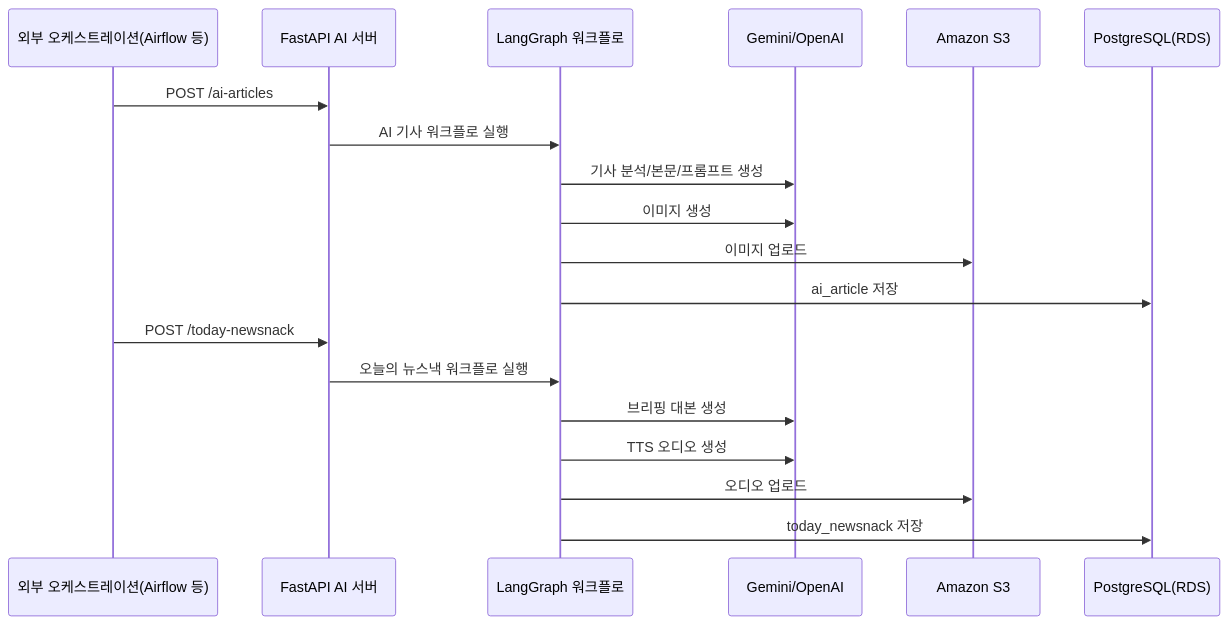
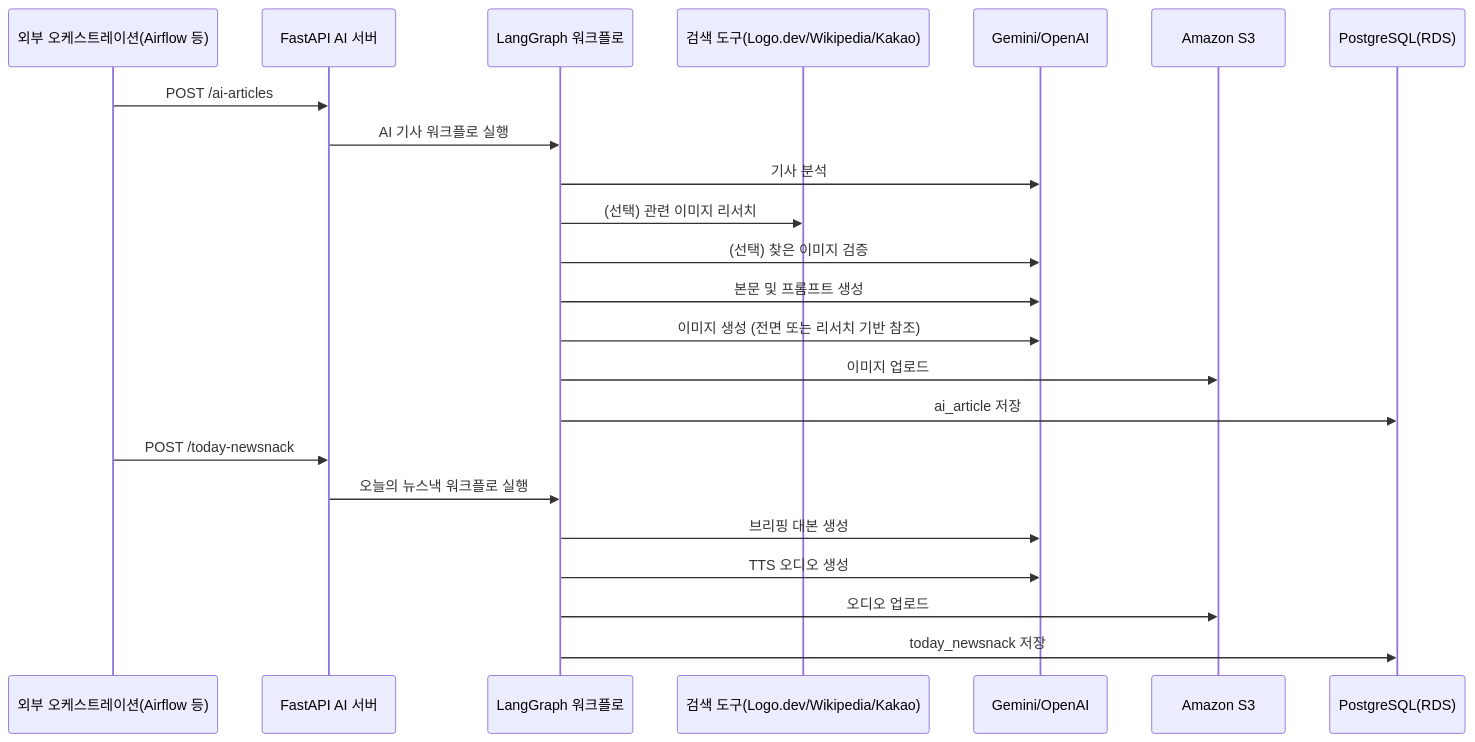
Before and after one commit to team-leekim/newsnack-ai: the first of 3 diagrams in README.md, drawn with Mermaid. The commit also changed other lines of this file, not shown here.

Commit message:
docs: 리서치 에이전트 도입에 따른 파이프라인 개념도 및 설명 업데이트

````diff
--- a/README.md
+++ b/README.md
@@ -34,23 +34,27 @@
 ```mermaid
 sequenceDiagram
     participant Scheduler as 외부 오케스트레이션(Airflow 등)
     participant API as FastAPI AI 서버
     participant Graph as LangGraph 워크플로
+    participant Tools as 검색 도구(Logo.dev/Wikipedia/Kakao)
     participant LLM as Gemini/OpenAI
     participant S3 as Amazon S3
     participant DB as PostgreSQL(RDS)
 
     Scheduler->>API: POST /ai-articles
     API->>Graph: AI 기사 워크플로 실행
-    Graph->>LLM: 기사 분석/본문/프롬프트 생성
-    Graph->>LLM: 이미지 생성
+    Graph->>LLM: 기사 분석
+    Graph->>Tools: (선택) 관련 이미지 리서치
+    Graph->>LLM: (선택) 찾은 이미지 검증
+    Graph->>LLM: 본문 및 프롬프트 생성
+    Graph->>LLM: 이미지 생성 (전면 또는 리서치 기반 참조)
     Graph->>S3: 이미지 업로드
     Graph->>DB: ai_article 저장
 
     Scheduler->>API: POST /today-newsnack
     API->>Graph: 오늘의 뉴스낵 워크플로 실행
     Graph->>LLM: 브리핑 대본 생성
     Graph->>LLM: TTS 오디오 생성
     Graph->>S3: 오디오 업로드
     Graph->>DB: today_newsnack 저장
 ```
````
